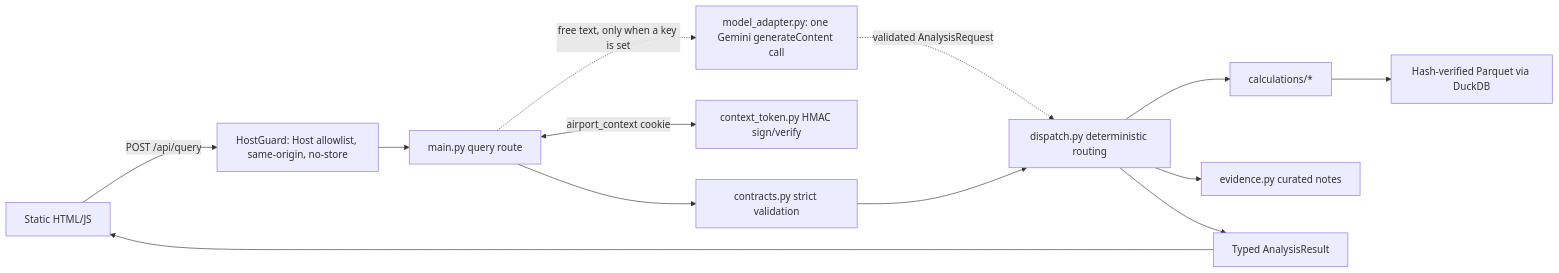
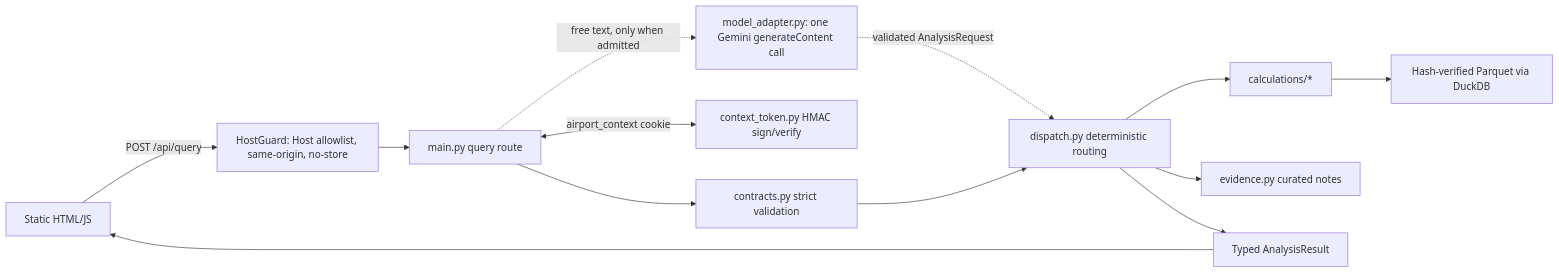
Before and after one commit to Bar-Bettash/deloitte-home-assignment: the diagram in docs/ARCHITECTURE.md, drawn with Mermaid. The commit also changed other lines of this file and 14 other files, not shown here.

````diff
--- a/docs/ARCHITECTURE.md
+++ b/docs/ARCHITECTURE.md
@@ -22,15 +22,15 @@
 ```mermaid
 flowchart LR
     UI[Static HTML/JS] -->|POST /api/query| Guard[HostGuard: Host allowlist, same-origin, no-store]
     Guard --> API[main.py query route]
     API --> Contract[contracts.py strict validation]
     API <-->|airport_context cookie| Ctx[context_token.py HMAC sign/verify]
-    API -.->|free text, only when a key is set| Model[model_adapter.py: one Gemini generateContent call]
+    API -.->|free text, only when admitted| Model[model_adapter.py: one Gemini generateContent call]
     Model -.->|validated AnalysisRequest| Dispatch
     Contract --> Dispatch[dispatch.py deterministic routing]
     Dispatch --> Calc[calculations/*]
     Calc --> Data[Hash-verified Parquet via DuckDB]
     Dispatch --> Evidence[evidence.py curated notes]
     Dispatch --> Result[Typed AnalysisResult]
     Result --> UI
 ```
````
